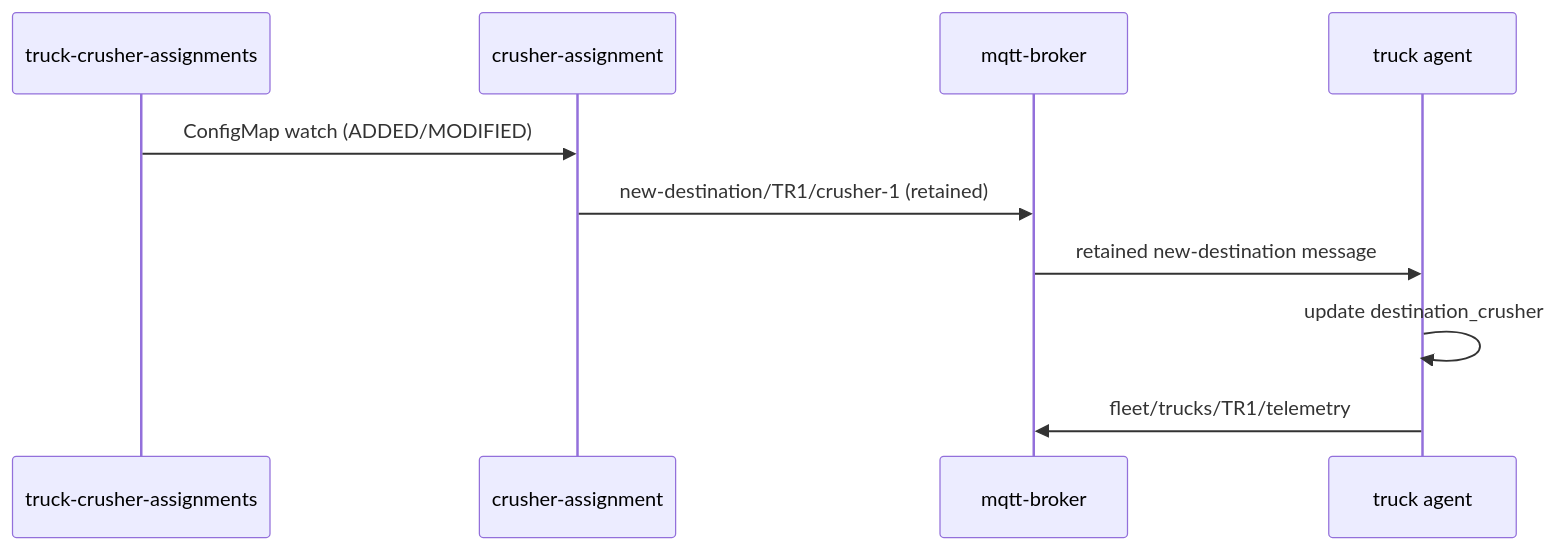
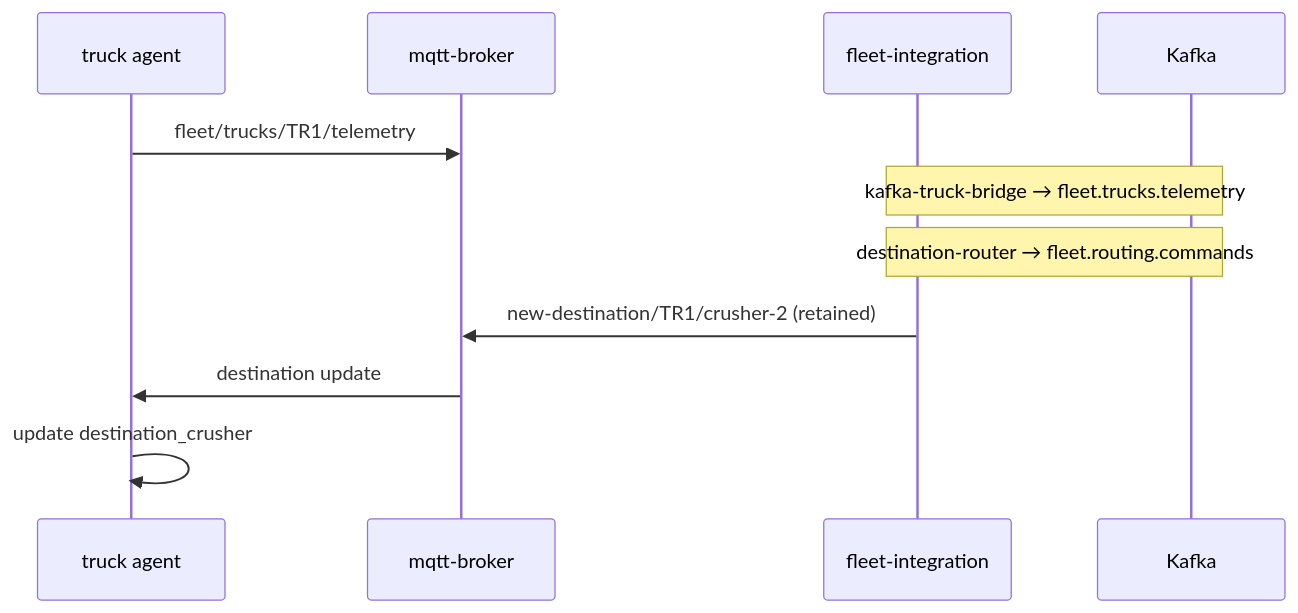
The diagram in docs/mining-fleet/truck-fleet/README.md (SimonDelord/alleo-work), drawn with Mermaid before and after one commit. The commit also changed other lines of this file and 27 other files, not shown here.

First line of the commit message:
feat(fleet-integration): Kafka orchestration for truck destination routing

````diff
--- a/docs/mining-fleet/truck-fleet/README.md
+++ b/docs/mining-fleet/truck-fleet/README.md
@@ -57,13 +48,14 @@
 ```mermaid
 sequenceDiagram
-    participant CM as truck-crusher-assignments
-    participant CA as crusher-assignment
+    participant TR as truck agent
     participant MQTT as mqtt-broker
-    participant TR as truck agent
+    participant FI as fleet-integration
+    participant K as Kafka
 
-    CM->>CA: ConfigMap watch (ADDED/MODIFIED)
-    CA->>MQTT: new-destination/TR1/crusher-1 (retained)
-    MQTT->>TR: retained new-destination message
+    TR->>MQTT: fleet/trucks/TR1/telemetry
+    Note over FI,K: kafka-truck-bridge → fleet.trucks.telemetry
+    Note over FI,K: destination-router → fleet.routing.commands
+    FI->>MQTT: new-destination/TR1/crusher-2 (retained)
+    MQTT->>TR: destination update
     TR->>TR: update destination_crusher
-    TR->>MQTT: fleet/trucks/TR1/telemetry
 ```
````
